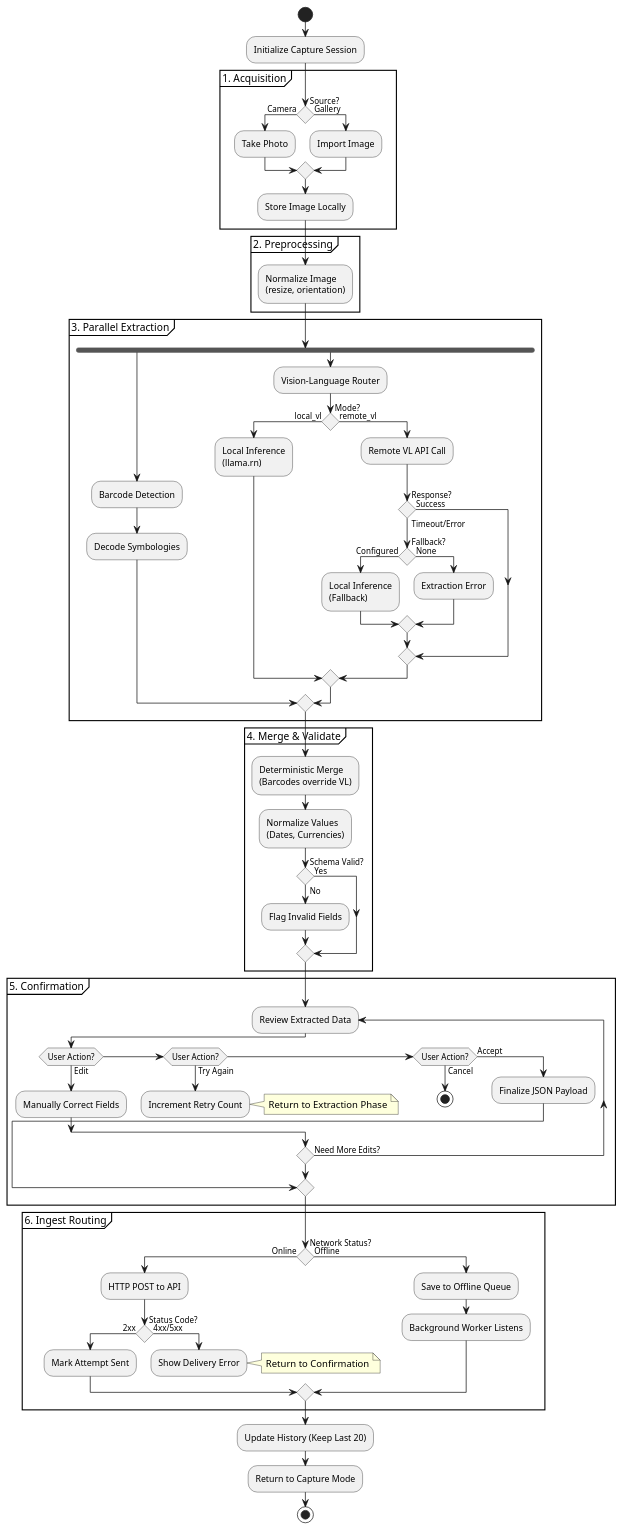
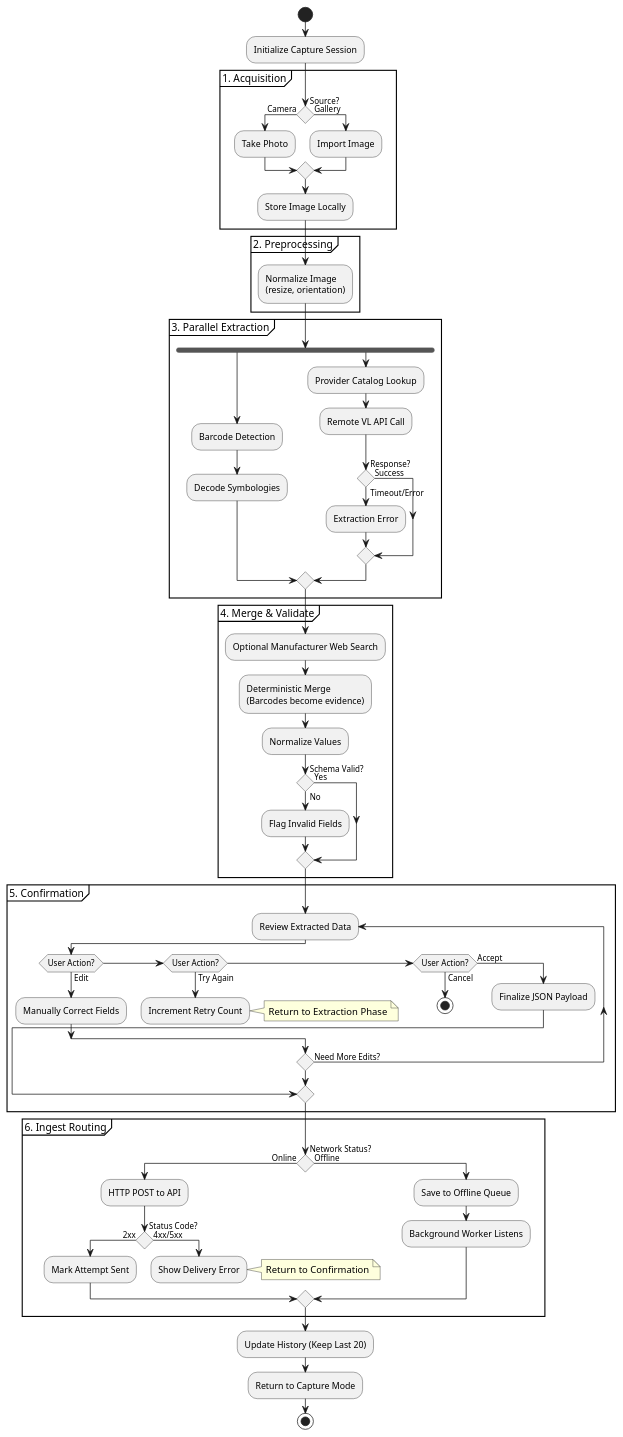
Before and after one commit to SP-SDU/Tolksyn: the diagram in docs/Diagrams/app-pipeline-activity.puml, drawn with PlantUML. The commit also changed 16 other files, not shown here.

```diff
--- a/docs/Diagrams/app-pipeline-activity.puml
+++ b/docs/Diagrams/app-pipeline-activity.puml
@@ -1,90 +1,83 @@
-@startuml App Pipeline Activity
+@startuml app-pipeline-activity
 skinparam conditionStyle diamond
 skinparam defaultFontName sans-serif
 
 start
 
 :Initialize Capture Session;
 
 partition "1. Acquisition" {
   if (Source?) then (Camera)
     :Take Photo;
   else (Gallery)
     :Import Image;
   endif
   :Store Image Locally;
 }
 
 partition "2. Preprocessing" {
   :Normalize Image\n(resize, orientation);
 }
 
 partition "3. Parallel Extraction" {
   fork
     :Barcode Detection;
     :Decode Symbologies;
   fork again
-    :Vision-Language Router;
-    if (Mode?) then (local_vl)
-      :Local Inference\n(llama.rn);
-    else (remote_vl)
-      :Remote VL API Call;
-      if (Response?) then (Success)
-      else (Timeout/Error)
-        if (Fallback?) then (Configured)
-          :Local Inference\n(Fallback);
-        else (None)
-          :Extraction Error;
-        endif
-      endif
+    :Provider Catalog Lookup;
+    :Remote VL API Call;
+    if (Response?) then (Success)
+    else (Timeout/Error)
+      :Extraction Error;
     endif
   end merge
 }
 
 partition "4. Merge & Validate" {
-  :Deterministic Merge\n(Barcodes override VL);
-  :Normalize Values\n(Dates, Currencies);
+  :Optional Manufacturer Web Search;
+  :Deterministic Merge\n(Barcodes become evidence);
+  :Normalize Values;
   if (Schema Valid?) then (Yes)
   else (No)
     :Flag Invalid Fields;
   endif
 }
 
 partition "5. Confirmation" {
   repeat :Review Extracted Data;
     if (User Action?) then (Edit)
       :Manually Correct Fields;
     elseif (User Action?) then (Try Again)
       :Increment Retry Count;
       detach
       note right: Return to Extraction Phase
     elseif (User Action?) then (Cancel)
       stop
     else (Accept)
       :Finalize JSON Payload;
       break
     endif
   repeat while (Need More Edits?)
 }
 
 partition "6. Ingest Routing" {
   if (Network Status?) then (Online)
     :HTTP POST to API;
     if (Status Code?) then (2xx)
       :Mark Attempt Sent;
     else (4xx/5xx)
       :Show Delivery Error;
       detach
       note right: Return to Confirmation
     endif
   else (Offline)
     :Save to Offline Queue;
     :Background Worker Listens;
   endif
 }
 
 :Update History (Keep Last 20);
 :Return to Capture Mode;
 
 stop
 @enduml
```
